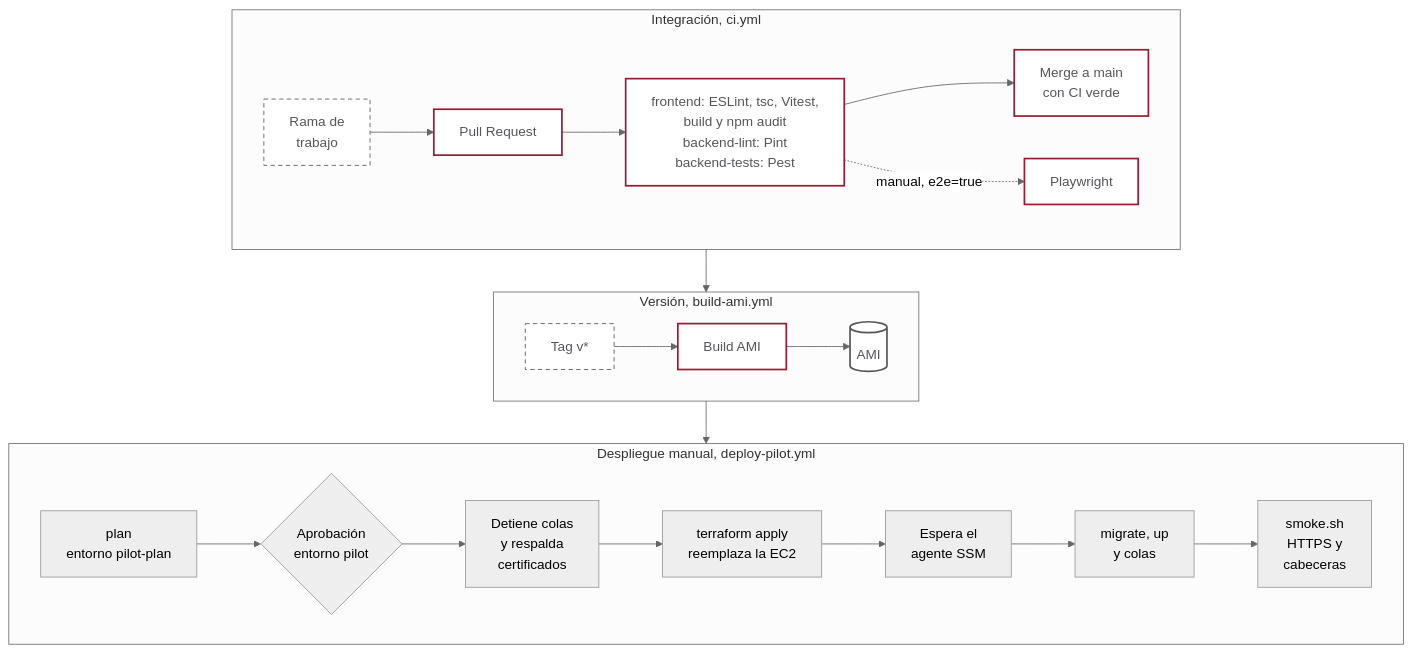
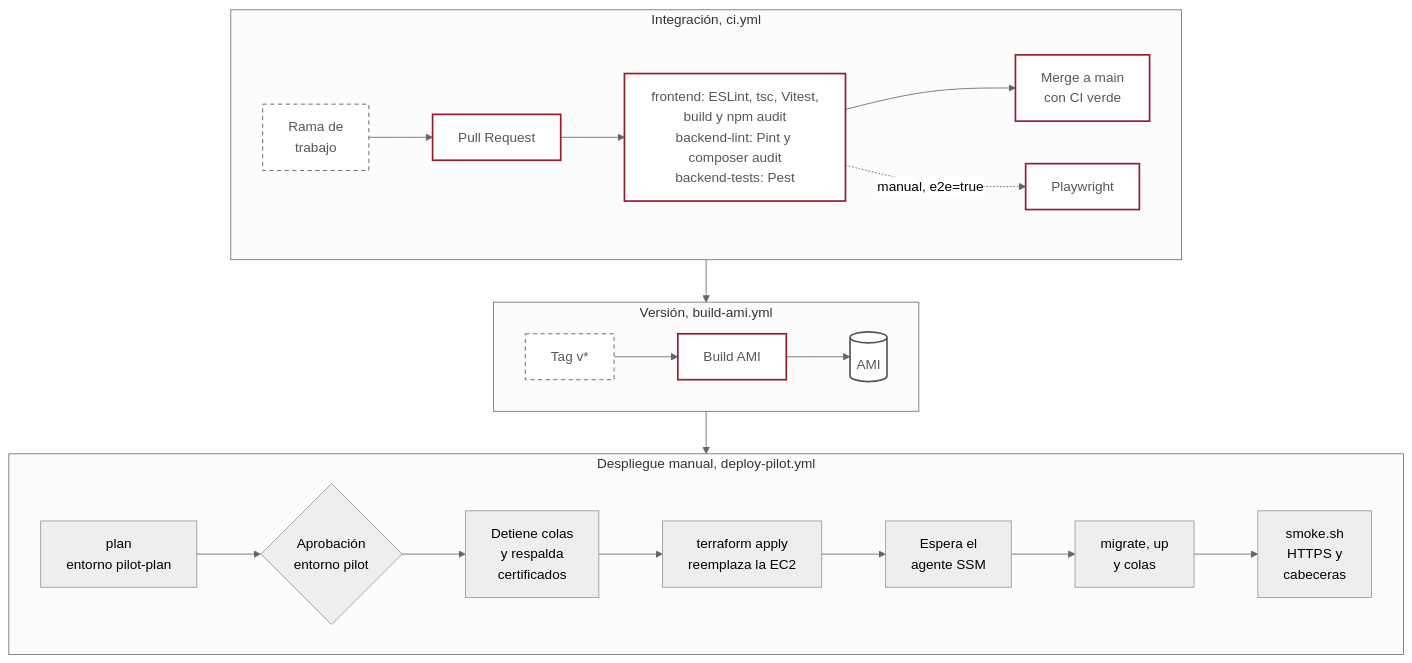
The first of 2 diagrams in docs/tecnica/06-infraestructura/04-github-actions.md (gener306-coder/banco-talentos), drawn with Mermaid (neutral theme) before and after one commit. The commit also changed other lines of this file and 9 other files, not shown here.

````diff
--- a/docs/tecnica/06-infraestructura/04-github-actions.md
+++ b/docs/tecnica/06-infraestructura/04-github-actions.md
@@ -11,25 +11,25 @@
 ```mermaid
 %% D13: Pipeline de CI/CD de punta a punta
 flowchart TB
     subgraph DEV["Integración, ci.yml"]
         direction LR
-        BR["Rama de<br/>trabajo"]:::external --> PR["Pull Request"]:::container --> CI["frontend: ESLint, tsc, Vitest,<br/>build y npm audit<br/>backend-lint: Pint<br/>backend-tests: Pest"]:::container --> MAIN["Merge a main<br/>con CI verde"]:::container
+        BR["Rama de<br/>trabajo"]:::external --> PR["Pull Request"]:::container --> CI["frontend: ESLint, tsc, Vitest,<br/>build y npm audit<br/>backend-lint: Pint y composer audit<br/>backend-tests: Pest"]:::container --> MAIN["Merge a main<br/>con CI verde"]:::container
         CI -.->|"manual, e2e=true"| E2E["Playwright"]:::container
     end
     subgraph REL["Versión, build-ami.yml"]
         direction LR
         TAG["Tag v*"]:::external --> BA["Build AMI"]:::container --> AMI[("AMI")]:::store
     end
     subgraph DEPLOY["Despliegue manual, deploy-pilot.yml"]
         direction LR
         PLAN["plan<br/>entorno pilot-plan"] --> APPR{"Aprobación<br/>entorno pilot"} --> DRAIN["Detiene colas<br/>y respalda<br/>certificados"] --> APPLY["terraform apply<br/>reemplaza la EC2"] --> WAIT["Espera el<br/>agente SSM"] --> MIG["migrate, up<br/>y colas"] --> SMOKE["smoke.sh<br/>HTTPS y<br/>cabeceras"]
     end
     DEV --> REL
     REL --> DEPLOY
 
     classDef actor fill:#991B30,stroke:#991B30,color:#ffffff
     classDef system fill:#991B30,stroke:#B99058,stroke-width:3px,color:#ffffff
     classDef container fill:#ffffff,stroke:#991B30,stroke-width:2px,color:#57565B
     classDef store fill:#ffffff,stroke:#57565B,stroke-width:2px,color:#57565B
     classDef external fill:#ffffff,stroke:#57565B,stroke-dasharray:5 4,color:#57565B
 ```
````
